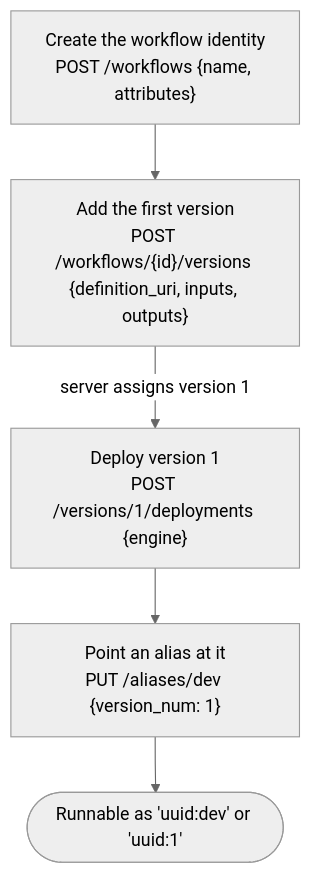
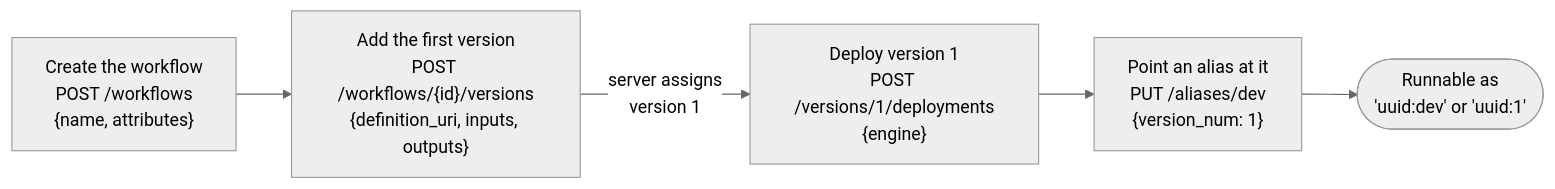
Before and after one commit to NGS360/APIServer: the first of 9 diagrams in docs/WORKFLOWS_AND_PIPELINES.md, drawn with Mermaid (neutral theme).

Commit message:
change direction for register diagram

````diff
--- a/docs/WORKFLOWS_AND_PIPELINES.md
+++ b/docs/WORKFLOWS_AND_PIPELINES.md
@@ -45,7 +45,7 @@
 ```mermaid
-flowchart TD
-    W["Create the workflow identity<br/>POST /workflows {name, attributes}"] --> V["Add the first version<br/>POST /workflows/{id}/versions {definition_uri, inputs, outputs}"]
-    V -->|"server assigns version 1"| D["Deploy version 1<br/>POST /versions/1/deployments {engine}"]
-    D --> AL["Point an alias at it<br/>PUT /aliases/dev {version_num: 1}"]
-    AL --> R(["Runnable as 'uuid:dev' or 'uuid:1'"])
+flowchart LR
+    W["Create the workflow<br/>POST /workflows<br/>{name, attributes}"] --> V["Add the first version<br/>POST /workflows/{id}/versions<br/>{definition_uri, inputs, outputs}"]
+    V -->|"server assigns<br/>version 1"| D["Deploy version 1<br/>POST /versions/1/deployments<br/>{engine}"]
+    D --> AL["Point an alias at it<br/>PUT /aliases/dev<br/>{version_num: 1}"]
+    AL --> R(["Runnable as<br/>'uuid:dev' or 'uuid:1'"])
 ```
````
